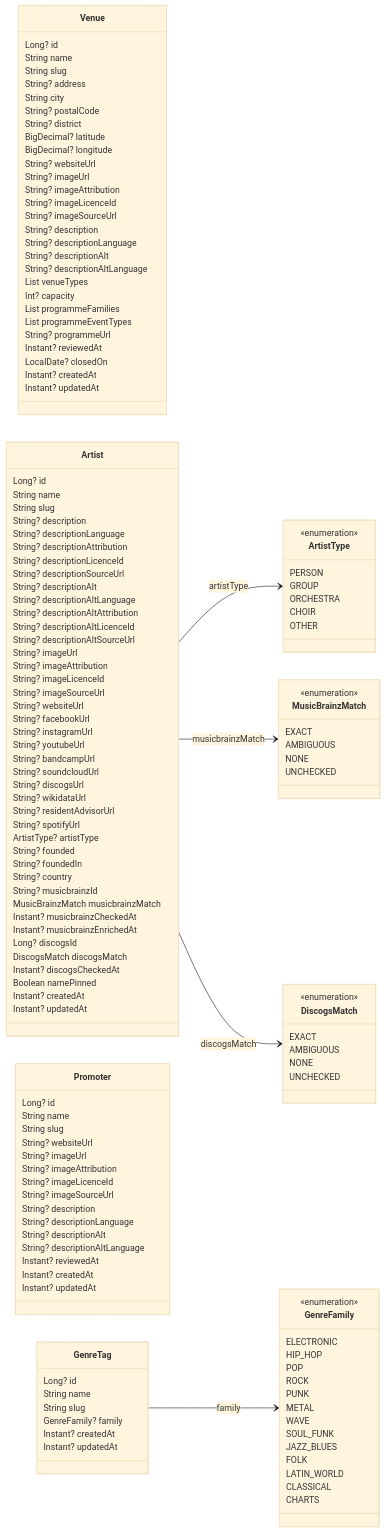
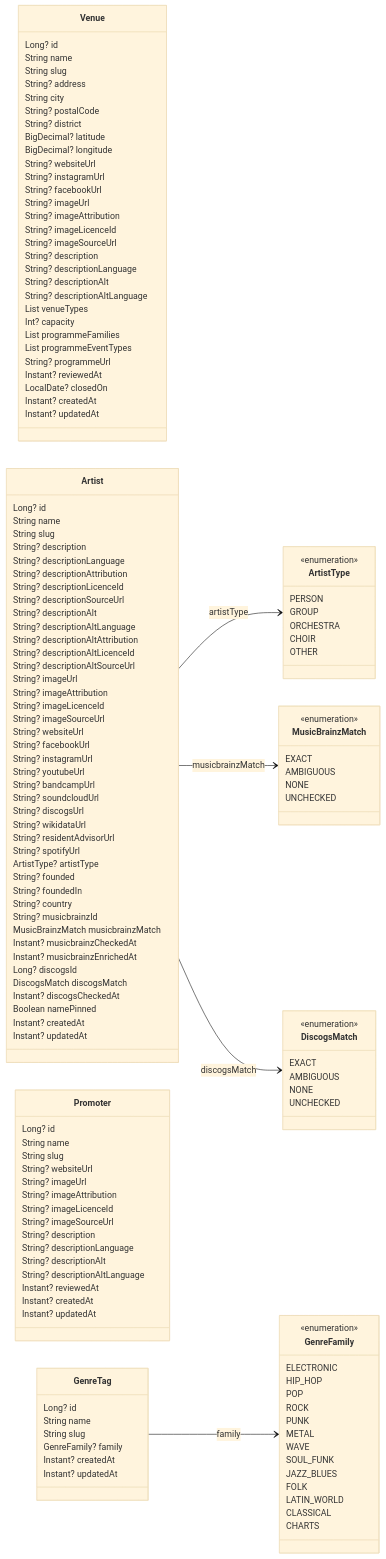
Before and after one commit to enorm-labs/event-junkie: the diagram in docs/DATA_MODEL.md, drawn with Mermaid (base theme). The commit also changed other lines of this file and 17 other files, not shown here.

First line of the commit message:
feat(venues): link a venue's Instagram and Facebook pages beside its website

```diff
--- a/docs/DATA_MODEL.md
+++ b/docs/DATA_MODEL.md
@@ -37,6 +37,8 @@
         BigDecimal? latitude
         BigDecimal? longitude
         String? websiteUrl
+        String? instagramUrl
+        String? facebookUrl
         String? imageUrl
         String? imageAttribution
         String? imageLicenceId
```
